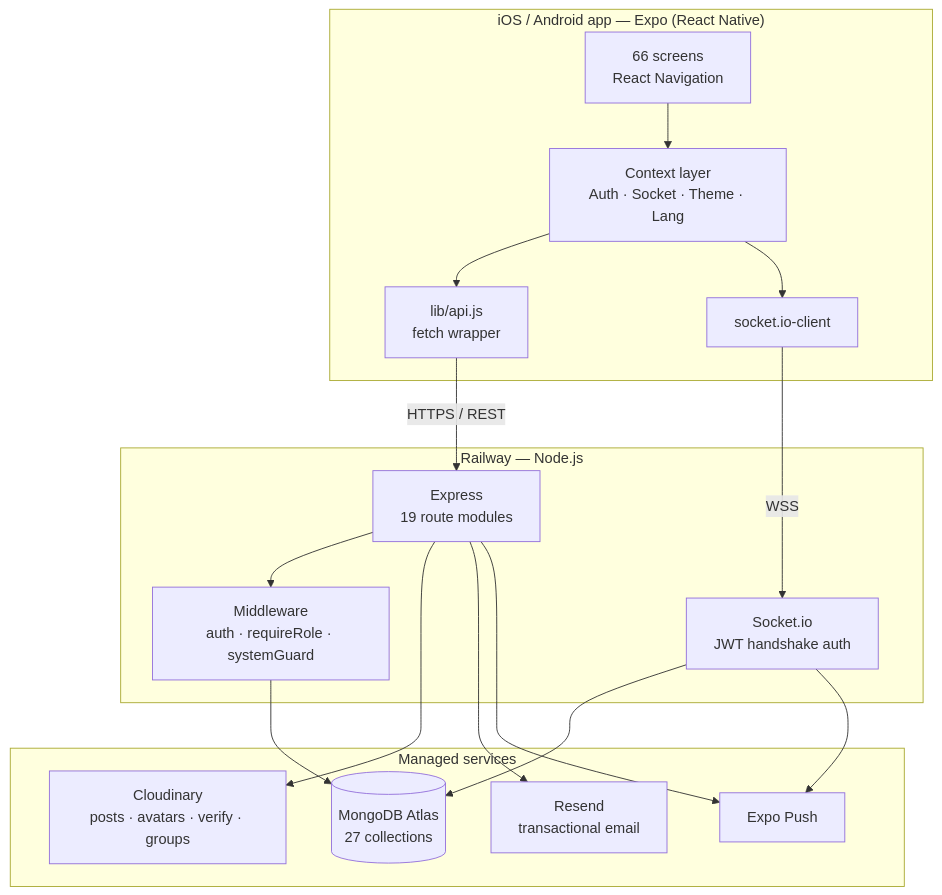
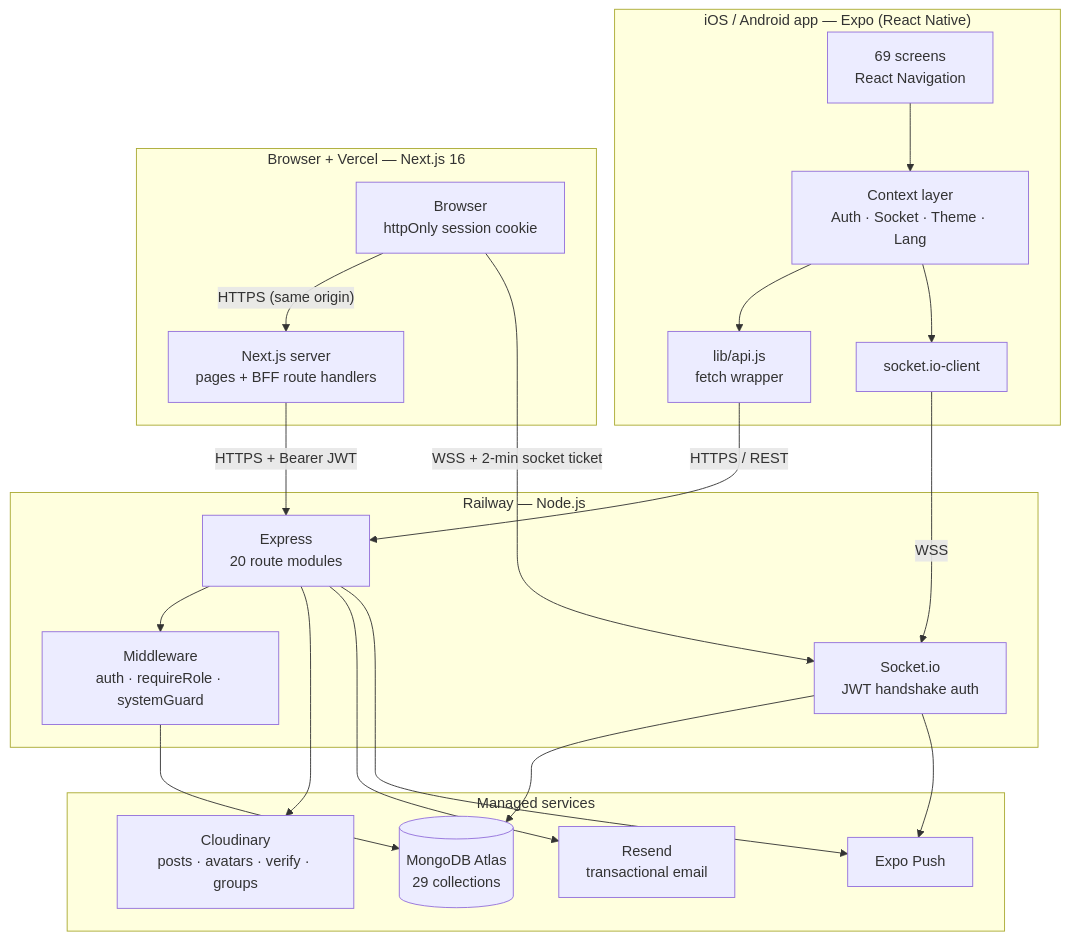
One commit to HyeonjunSon/camoim changed the diagram in README.md. Above: the diagram before and after it, drawn with Mermaid. The commit also changed other lines of this file and 7 other files, not shown here.

````diff
--- a/README.md
+++ b/README.md
@@ -38,34 +42,42 @@
 ```mermaid
 flowchart TB
     subgraph client["iOS / Android app — Expo (React Native)"]
-        UI["66 screens<br/>React Navigation"]
+        UI["69 screens<br/>React Navigation"]
         CTX["Context layer<br/>Auth · Socket · Theme · Lang"]
         API["lib/api.js<br/>fetch wrapper"]
         WS["socket.io-client"]
         UI --> CTX --> API
         CTX --> WS
     end
 
+    subgraph vercel["Browser + Vercel — Next.js 16"]
+        BR["Browser<br/>httpOnly session cookie"]
+        BFF["Next.js server<br/>pages + BFF route handlers"]
+        BR -- "HTTPS (same origin)" --> BFF
+    end
+
     subgraph railway["Railway — Node.js"]
-        EXP["Express<br/>19 route modules"]
+        EXP["Express<br/>20 route modules"]
         SOCK["Socket.io<br/>JWT handshake auth"]
         MW["Middleware<br/>auth · requireRole · systemGuard"]
         EXP --> MW
     end
 
     subgraph data["Managed services"]
-        DB[("MongoDB Atlas<br/>27 collections")]
+        DB[("MongoDB Atlas<br/>29 collections")]
         CDN["Cloudinary<br/>posts · avatars · verify · groups"]
         MAIL["Resend<br/>transactional email"]
         PUSH["Expo Push"]
     end
 
     API -- "HTTPS / REST" --> EXP
     WS  -- "WSS" --> SOCK
+    BFF -- "HTTPS + Bearer JWT" --> EXP
+    BR  -- "WSS + 2-min socket ticket" --> SOCK
     MW  --> DB
     SOCK --> DB
     EXP --> CDN
     EXP --> MAIL
     SOCK --> PUSH
     EXP --> PUSH
 ```
````
